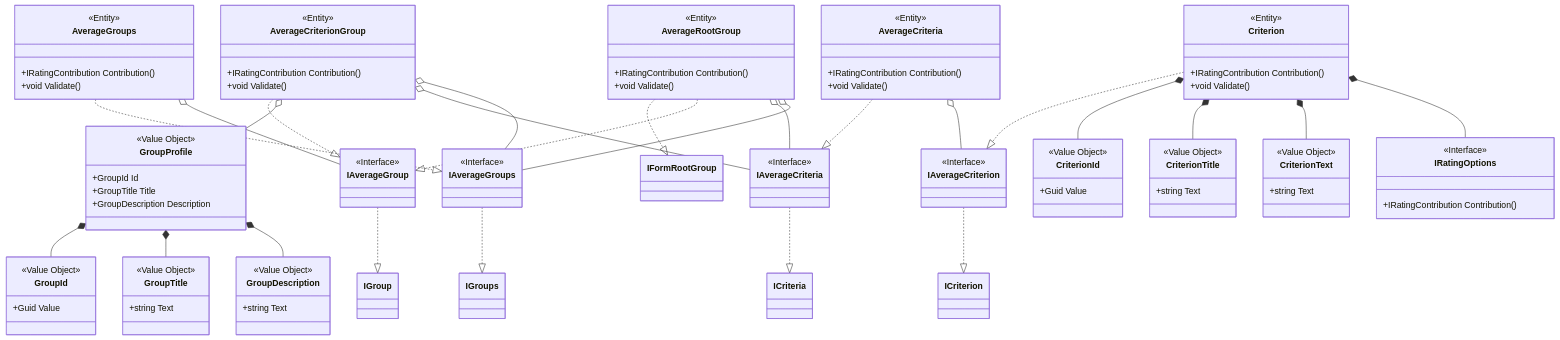
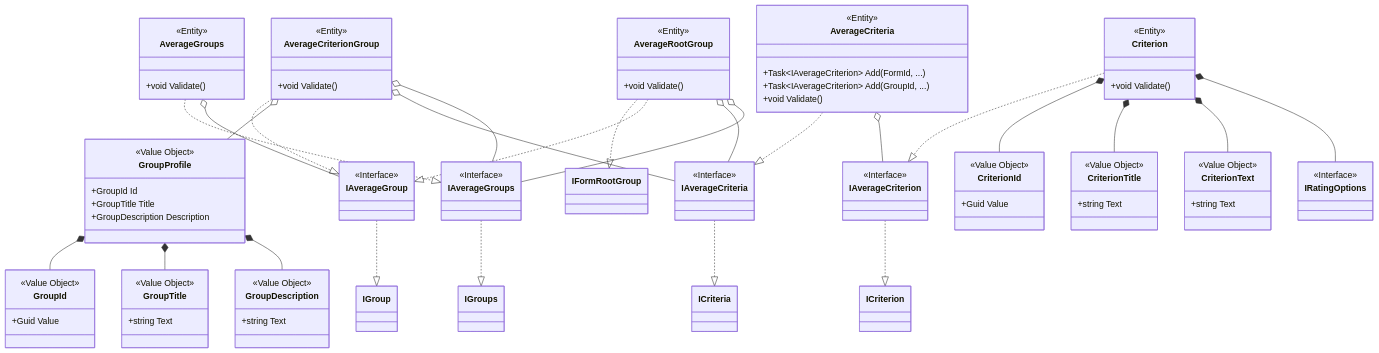
One commit to FredoqCorp/module-evaluations changed the third of 5 diagrams in docs/architecture/form-domain-model.md. Above: the diagram before and after it, drawn with Mermaid. The commit also changed other lines of this file and 86 other files, not shown here.

```diff
--- a/docs/architecture/form-domain-model.md
+++ b/docs/architecture/form-domain-model.md
@@ -132,37 +111,33 @@
 
     class AverageRootGroup {
         <<Entity>>
-        +IRatingContribution Contribution()
         +void Validate()
     }
 
     class AverageCriterionGroup {
         <<Entity>>
-        +IRatingContribution Contribution()
         +void Validate()
     }
 
     class AverageCriteria {
         <<Entity>>
-        +IRatingContribution Contribution()
+        +Task~IAverageCriterion~ Add(FormId, ...)
+        +Task~IAverageCriterion~ Add(GroupId, ...)
         +void Validate()
     }
 
     class AverageGroups {
         <<Entity>>
-        +IRatingContribution Contribution()
         +void Validate()
     }
 
     class Criterion {
         <<Entity>>
-        +IRatingContribution Contribution()
         +void Validate()
     }
 
     class IRatingOptions {
         <<Interface>>
-        +IRatingContribution Contribution()
     }
 
     class GroupProfile {
```
